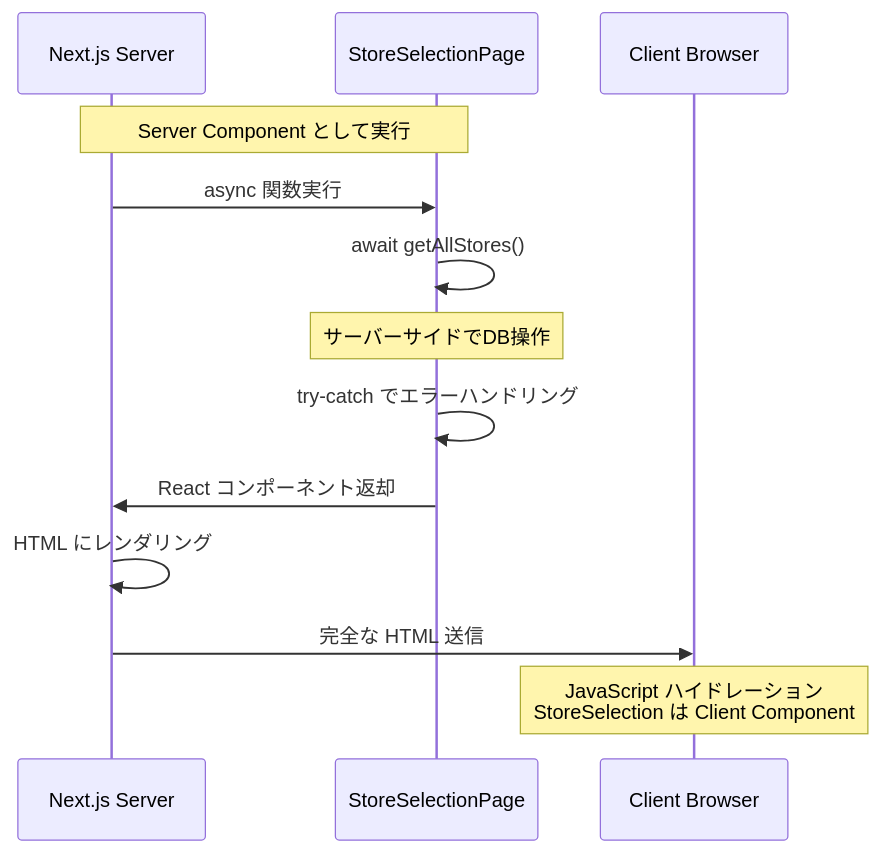
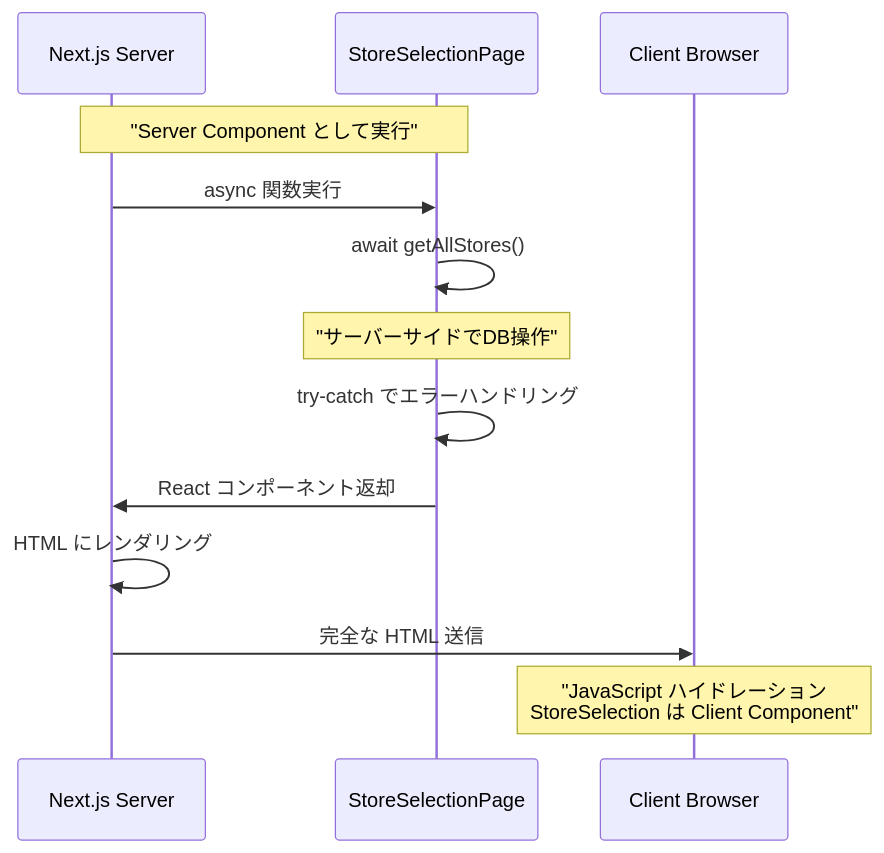
One commit to wasabi49/ocs-systemDevelopmentExercises changed the fourth of 7 diagrams in document/pages/sequence/stores.md. Above: the diagram before and after it, drawn with Mermaid. The commit also changed other lines of this file and 42 other files, not shown here.

First line of the commit message:
fix: mermaidシーケンス図のNote over文でダブルクォーテーション不足を修正

````diff
--- a/document/pages/sequence/stores.md
+++ b/document/pages/sequence/stores.md
@@ -73,18 +73,18 @@
 ```mermaid
 sequenceDiagram
     participant Server as Next.js Server
     participant Page as StoreSelectionPage
     participant Client as Client Browser
 
-    Note over Server,Page: Server Component として実行
+    Note over Server,Page: "Server Component として実行"
     
     Server->>Page: async 関数実行
     Page->>Page: await getAllStores()
-    Note over Page: サーバーサイドでDB操作
+    Note over Page: "サーバーサイドでDB操作"
     Page->>Page: try-catch でエラーハンドリング
     Page->>Server: React コンポーネント返却
     Server->>Server: HTML にレンダリング
     Server->>Client: 完全な HTML 送信
     
-    Note over Client: JavaScript ハイドレーション<br/>StoreSelection は Client Component
+    Note over Client: "JavaScript ハイドレーション<br/>StoreSelection は Client Component"
 ```
````
